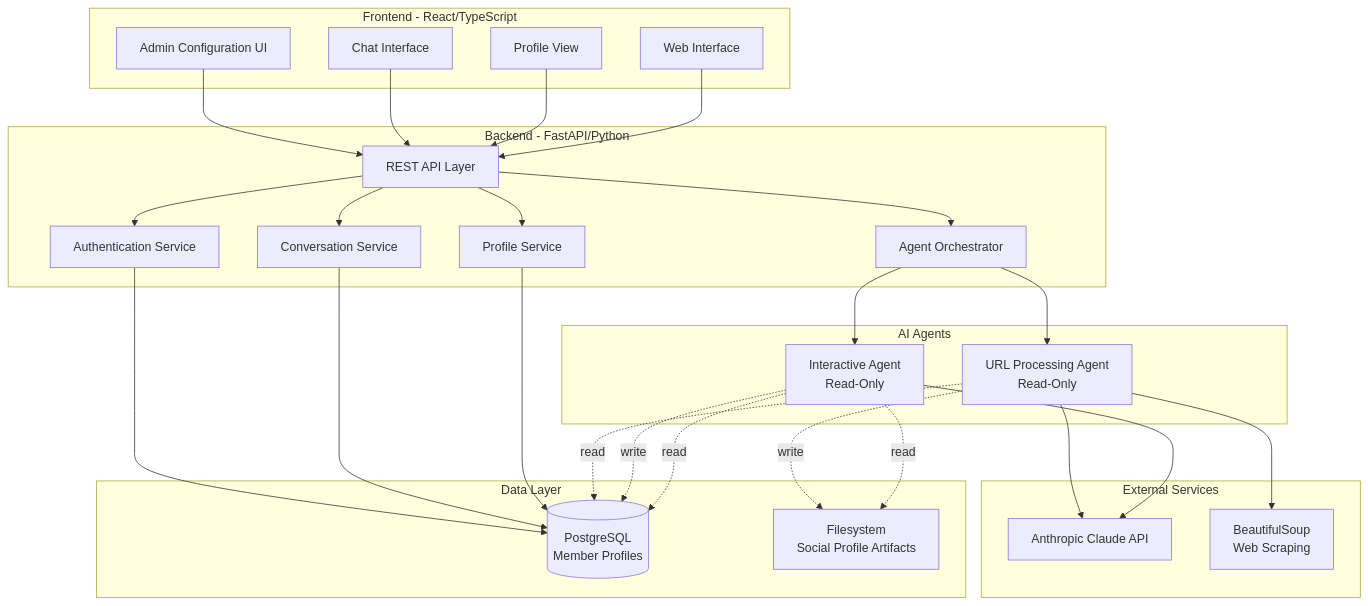
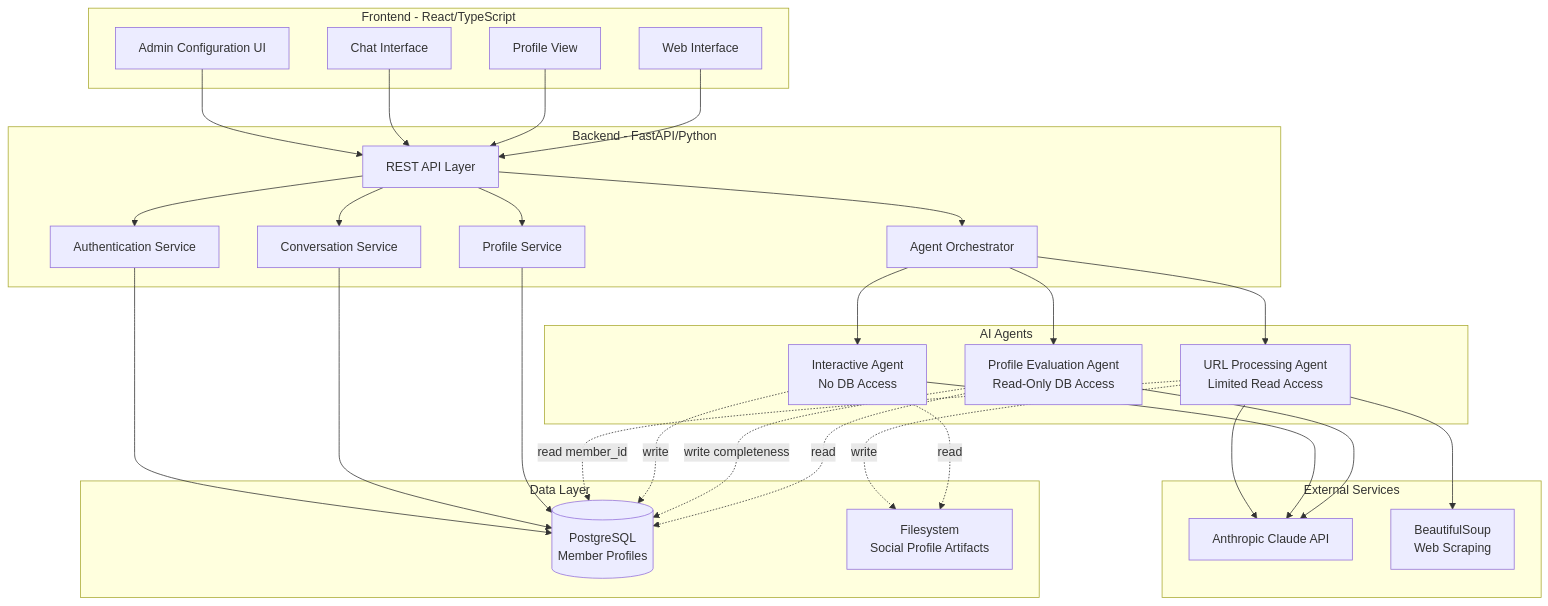
Before and after one commit to bd-aohk/WR-profile-optimizer: the first of 2 diagrams in specs/design.md, drawn with Mermaid. The commit also changed other lines of this file and 1 other file, not shown here.

Commit message:
Update to 3-agent architecture: Add Profile Evaluation Agent for enhanced security and data privacy

````diff
--- a/specs/design.md
+++ b/specs/design.md
@@ -16,59 +17,64 @@
 ```mermaid
 graph TB
     subgraph "Frontend - React/TypeScript"
         UI[Web Interface]
         ProfileView[Profile View]
         ChatUI[Chat Interface]
         AdminUI[Admin Configuration UI]
     end
     
     subgraph "Backend - FastAPI/Python"
         API[REST API Layer]
         AuthService[Authentication Service]
         ProfileService[Profile Service]
         ConversationService[Conversation Service]
         AgentOrchestrator[Agent Orchestrator]
     end
     
     subgraph "AI Agents"
-        InteractiveAgent[Interactive Agent<br/>Read-Only]
-        URLAgent[URL Processing Agent<br/>Read-Only]
+        ProfileEvalAgent[Profile Evaluation Agent<br/>Read-Only DB Access]
+        InteractiveAgent[Interactive Agent<br/>No DB Access]
+        URLAgent[URL Processing Agent<br/>Limited Read Access]
     end
     
     subgraph "Data Layer"
         DB[(PostgreSQL<br/>Member Profiles)]
         FS[Filesystem<br/>Social Profile Artifacts]
     end
     
     subgraph "External Services"
         Claude[Anthropic Claude API]
         WebScraper[BeautifulSoup<br/>Web Scraping]
     end
     
     UI --> API
     ProfileView --> API
     ChatUI --> API
     AdminUI --> API
     
     API --> AuthService
     API --> ProfileService
     API --> ConversationService
     API --> AgentOrchestrator
     
+    AgentOrchestrator --> ProfileEvalAgent
     AgentOrchestrator --> InteractiveAgent
     AgentOrchestrator --> URLAgent
     
+    ProfileEvalAgent --> Claude
+    ProfileEvalAgent -.read.-> DB
+    ProfileEvalAgent -.write completeness.-> DB
+    
     InteractiveAgent --> Claude
-    InteractiveAgent -.read.-> DB
     InteractiveAgent -.read.-> FS
     InteractiveAgent -.write.-> DB
     
     URLAgent --> Claude
     URLAgent --> WebScraper
-    URLAgent -.read.-> DB
+    URLAgent -.read member_id.-> DB
     URLAgent -.write.-> FS
     
     ProfileService --> DB
     ConversationService --> DB
     AuthService --> DB
 ```
````
